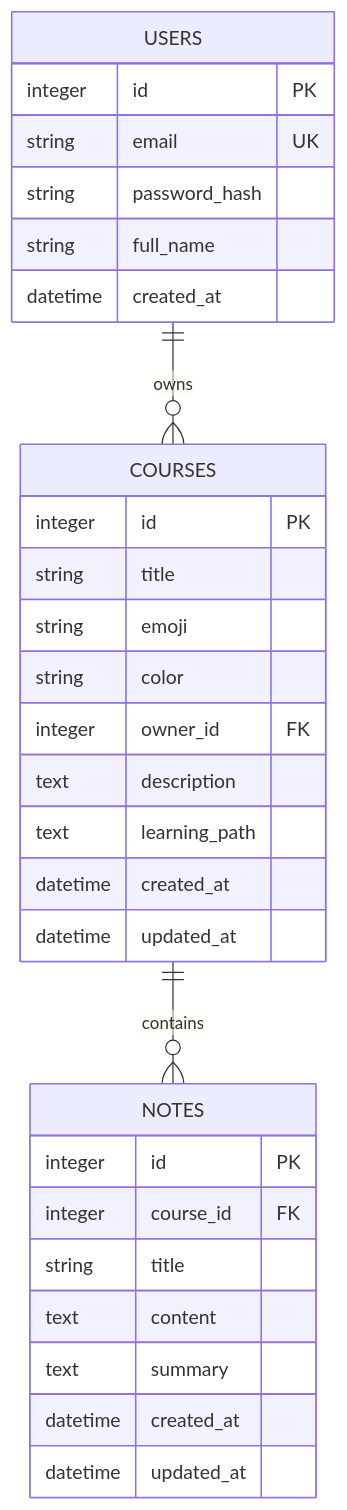
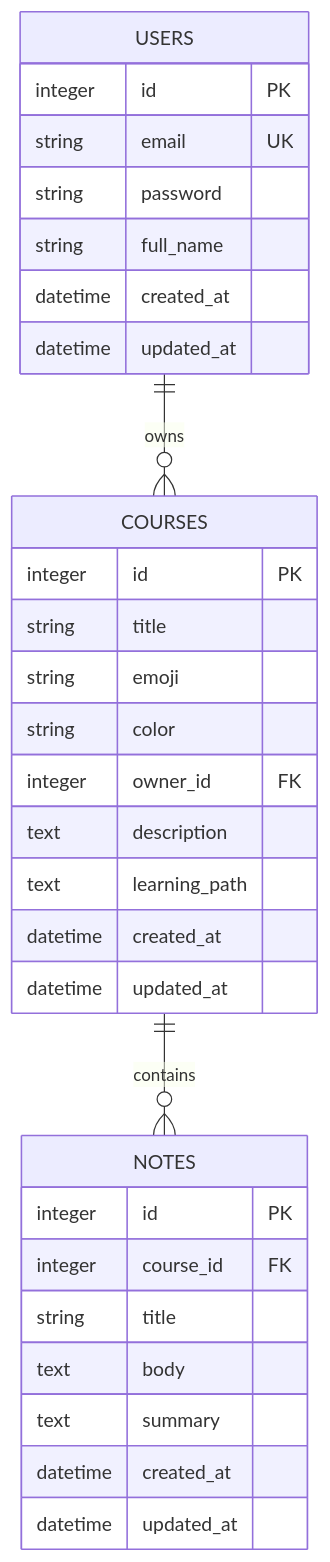
One commit to Ms007x/Study_buddy changed the first of 3 diagrams in README.md. Above: the diagram before and after it, drawn with Mermaid. The commit also changed other lines of this file and 12 other files, not shown here.

````diff
--- a/README.md
+++ b/README.md
@@ -23,35 +23,36 @@
 ```mermaid
 erDiagram
     USERS {
         integer id PK
         string email UK
-        string password_hash
+        string password
         string full_name
         datetime created_at
+        datetime updated_at
     }
     
     COURSES {
         integer id PK
         string title
         string emoji
         string color
         integer owner_id FK
         text description
         text learning_path
         datetime created_at
         datetime updated_at
     }
     
     NOTES {
         integer id PK
         integer course_id FK
         string title
-        text content
+        text body
         text summary
         datetime created_at
         datetime updated_at
     }
     
     USERS ||--o{ COURSES : owns
     COURSES ||--o{ NOTES : contains
 ```
````
